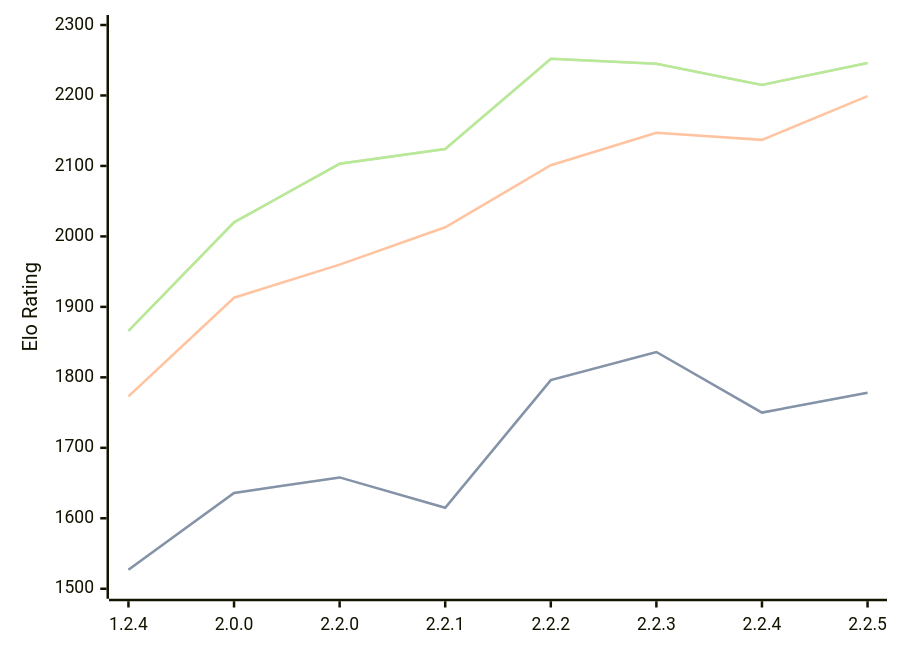
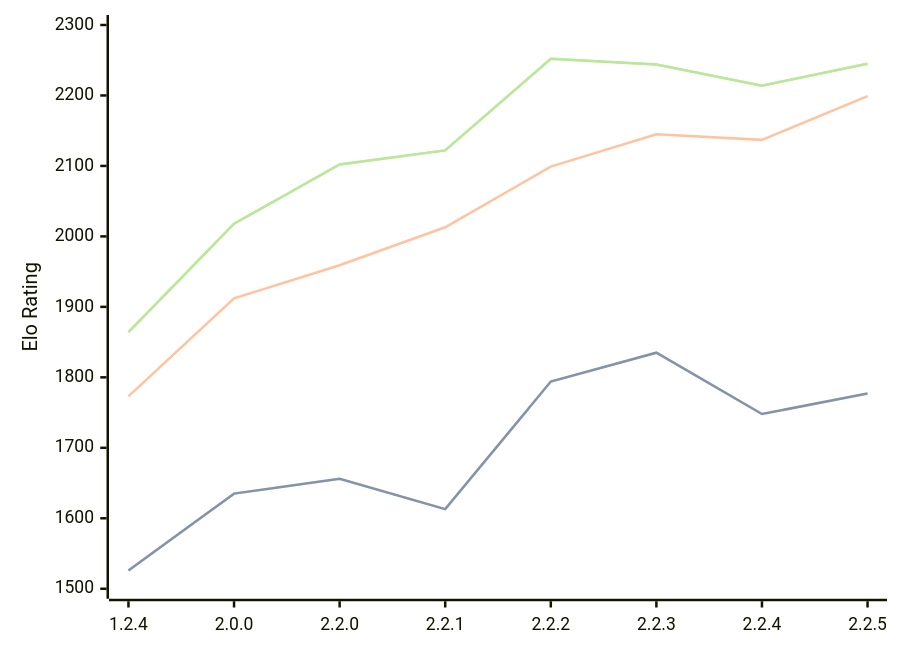
The diagram in engines/Kreveta.md (computer-chess-index/cci), drawn with Mermaid before and after one commit. The commit also changed other lines of this file, not shown here.

Commit message:
Update CCI Ratings (ELO VLTC) - 2026-04-17

````diff
--- a/engines/Kreveta.md
+++ b/engines/Kreveta.md
@@ -41,11 +41,11 @@
 ```mermaid
 %%{init: {"theme":"base","themeVariables":{"seriesColors:['#a3a3a3','#222221','#faa371']}}}%%
 xychart-beta
   x-axis ["1.2.4", "2.0.0", "2.2.0", "2.2.1", "2.2.2", "2.2.3", "2.2.4", "2.2.5"]
   y-axis "Elo Rating" 1500 --> 2300
-  line "STC (8.0+0.08s)" [1527, 1636, 1658, 1615, 1796, 1836, 1750, 1778]
-  line "STC (8.0+0.08s)" [1527, 1636, 1658, 1615, 1796, 1836, 1750, 1778]
-  line "LTC (60.0+0.60s)" [1773, 1913, 1960, 2013, 2101, 2147, 2137, 2199]
-  line "VLTC (2m24s+1.12s)" [1866, 2020, 2103, 2124, 2252, 2245, 2215, 2246]
-  line "VLTC (2m24s+1.12s)" [1866, 2020, 2103, 2124, 2252, 2245, 2215, 2246]
+  line "STC (8.0+0.08s)" [1526, 1635, 1656, 1613, 1794, 1835, 1748, 1777]
+  line "STC (8.0+0.08s)" [1526, 1635, 1656, 1613, 1794, 1835, 1748, 1777]
+  line "LTC (60.0+0.60s)" [1773, 1912, 1959, 2013, 2099, 2145, 2137, 2199]
+  line "VLTC (2m24s+1.12s)" [1864, 2018, 2102, 2122, 2252, 2244, 2214, 2245]
+  line "VLTC (2m24s+1.12s)" [1864, 2018, 2102, 2122, 2252, 2244, 2214, 2245]
 ```
````
